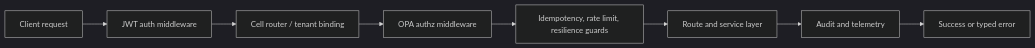
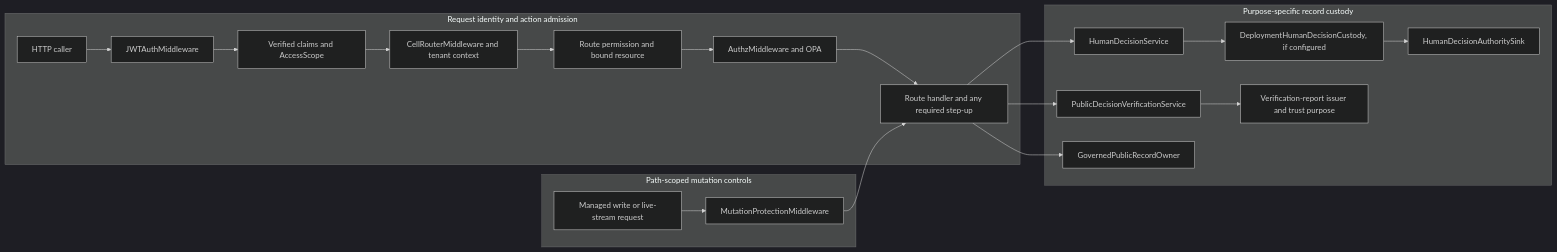
One commit to DenisKopylov/polisyos changed the diagram in policy-engine/docs/explanation/security-model.md. Above: the diagram before and after it, drawn with Mermaid (dark theme). The commit also changed other lines of this file and 86 other files, not shown here.

````diff
--- a/policy-engine/docs/explanation/security-model.md
+++ b/policy-engine/docs/explanation/security-model.md
@@ -13,10 +24,25 @@
 ```mermaid
 flowchart LR
-    Client["Client request"] --> JWT["JWT auth middleware"]
-    JWT --> Cell["Cell router / tenant binding"]
-    Cell --> Authz["OPA authz middleware"]
-    Authz --> Guard["Idempotency, rate limit, resilience guards"]
-    Guard --> Route["Route and service layer"]
-    Route --> Audit["Audit and telemetry"]
-    Audit --> Response["Success or typed error"]
+    subgraph request[Request identity and action admission]
+        caller["HTTP caller"] --> jwt["JWTAuthMiddleware"]
+        jwt --> scope["Verified claims and AccessScope"]
+        scope --> cell["CellRouterMiddleware and tenant context"]
+        cell --> route["Route permission and bound resource"]
+        route --> opa["AuthzMiddleware and OPA"]
+        opa --> handler["Route handler and any required step-up"]
+    end
+
+    subgraph mutation[Path-scoped mutation controls]
+        write["Managed write or live-stream request"] --> guard["MutationProtectionMiddleware"]
+        guard --> handler
+    end
+
+    subgraph custody[Purpose-specific record custody]
+        handler --> human["HumanDecisionService"]
+        human --> hdc["DeploymentHumanDecisionCustody, if configured"]
+        hdc --> sink["HumanDecisionAuthoritySink"]
+        handler --> report["PublicDecisionVerificationService"]
+        report --> report_key["Verification-report issuer and trust purpose"]
+        handler --> governed["GovernedPublicRecordOwner"]
+    end
 ```
````
